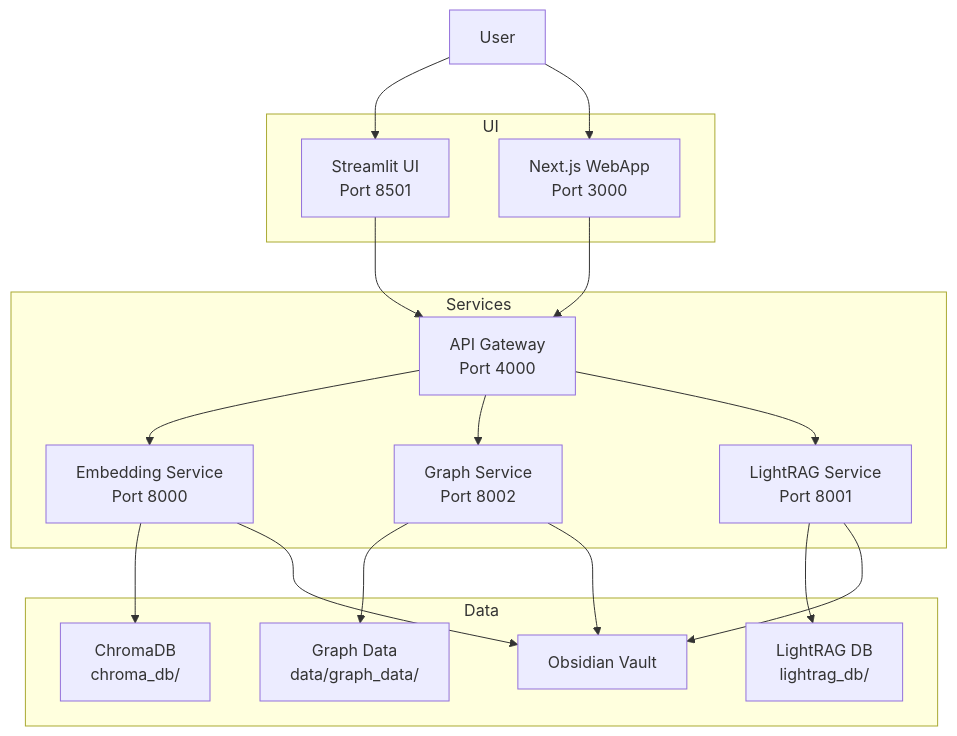
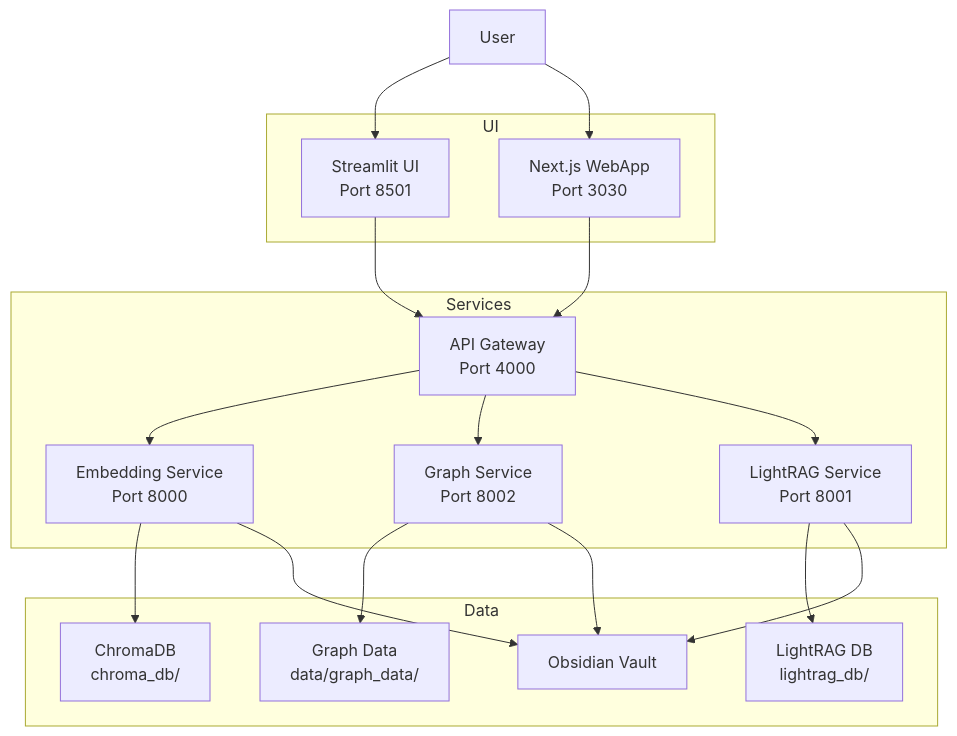
The diagram in Documentation/reference/architecture/SYSTEM_ARCHITECTURE_DIAGRAM.md (powskierman/obsidian_rag), drawn with Mermaid before and after one commit. The commit also changed 12 other files, not shown here.

````diff
--- a/Documentation/reference/architecture/SYSTEM_ARCHITECTURE_DIAGRAM.md
+++ b/Documentation/reference/architecture/SYSTEM_ARCHITECTURE_DIAGRAM.md
@@ -5,45 +5,45 @@
 ```mermaid
 graph TB
     User[User]
 
     subgraph UI
         Streamlit[Streamlit UI
 Port 8501]
         WebApp[Next.js WebApp
-Port 3000]
+Port 3030]
     end
 
     subgraph Services
         Gateway[API Gateway
 Port 4000]
         Vector[Embedding Service
 Port 8000]
         Graph[Graph Service
 Port 8002]
         LightRAG[LightRAG Service
 Port 8001]
     end
 
     subgraph Data
         Chroma[ChromaDB
 chroma_db/]
         GraphData[Graph Data
 data/graph_data/]
         LightData[LightRAG DB
 lightrag_db/]
         Vault[Obsidian Vault]
     end
 
     User --> Streamlit --> Gateway
     User --> WebApp --> Gateway
     Gateway --> Vector
     Gateway --> Graph
     Gateway --> LightRAG
 
     Vector --> Chroma
     Vector --> Vault
     Graph --> GraphData
     Graph --> Vault
     LightRAG --> LightData
     LightRAG --> Vault
 ```
````
